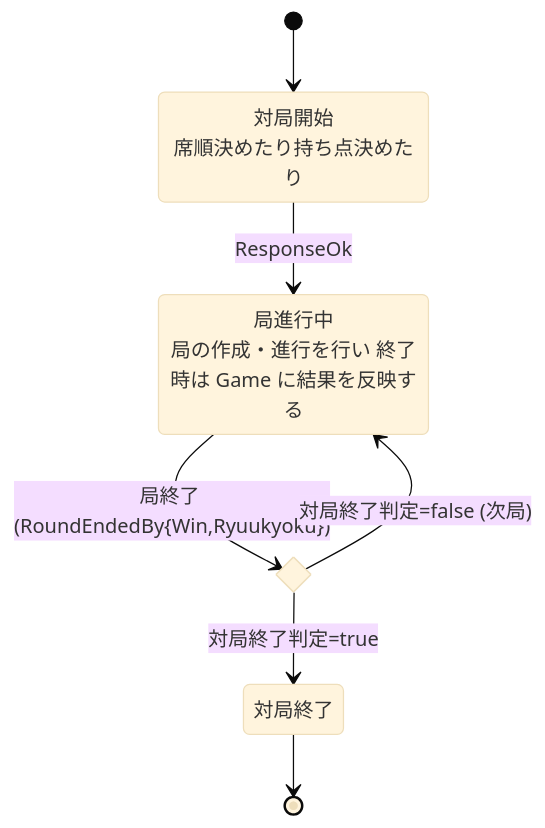
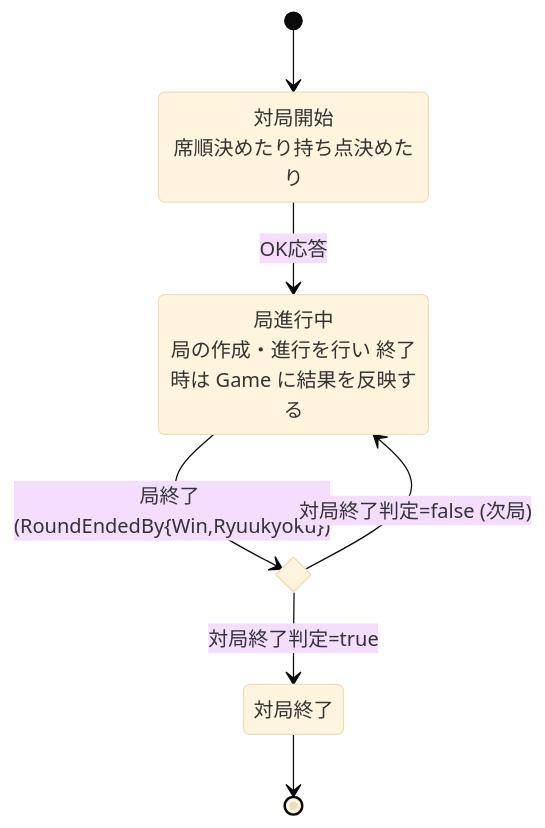
The first of 2 diagrams in docs/Design.md (huurou/Mahjong4), drawn with Mermaid (base theme) before and after one commit. The commit also changed other lines of this file and 84 other files, not shown here.

````diff
--- a/docs/Design.md
+++ b/docs/Design.md
@@ -43,14 +43,14 @@
 ```mermaid
 stateDiagram-v2
     GameStateInit: 対局開始<br>席順決めたり持ち点決めたり
     GameStateRoundRunning: 局進行中<br>局の作成・進行を行い 終了時は Game に結果を反映する
     state ChoiceGameEnd <<choice>>
     GameStateEnd: 対局終了
 
     [*] --> GameStateInit
-    GameStateInit --> GameStateRoundRunning: ResponseOk
+    GameStateInit --> GameStateRoundRunning: OK応答
     GameStateRoundRunning --> ChoiceGameEnd: 局終了 (RoundEndedBy{Win,Ryuukyoku})
     ChoiceGameEnd --> GameStateEnd: 対局終了判定=true
     ChoiceGameEnd --> GameStateRoundRunning: 対局終了判定=false (次局)
     GameStateEnd --> [*]
 ```
````
